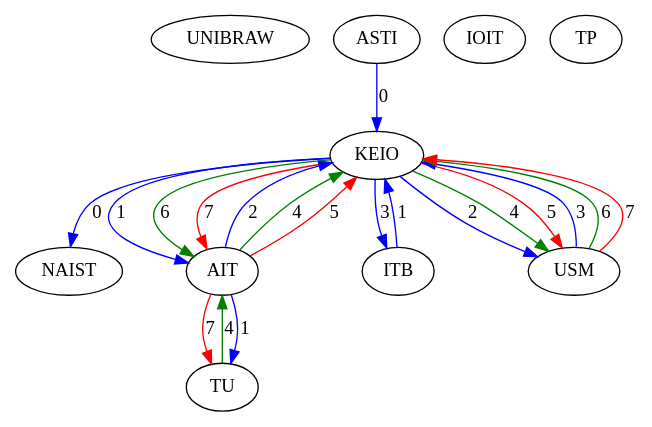
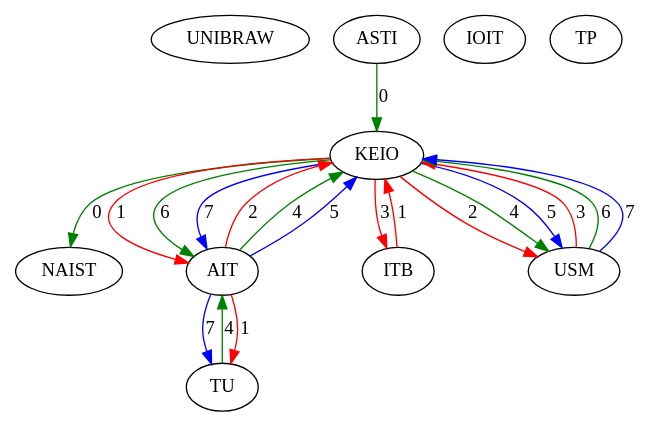
The diagram in src/assignedGraphs/assigned.dot (Hebbe1234/ExpectAll), drawn with Graphviz before and after one commit. The commit also changed 3 other files, not shown here.

```diff
--- a/src/assignedGraphs/assigned.dot
+++ b/src/assignedGraphs/assigned.dot
@@ -1,31 +1,31 @@
 digraph  {
 0 [Internal=1, id=0, label=UNIBRAW];
 1 [Internal=1, id=1, label=NAIST];
 2 [Internal=1, id=2, label=KEIO];
 3 [Internal=1, id=3, label=IOIT];
 4 [Internal=1, id=4, label=ASTI];
 5 [Internal=1, id=5, label=TU];
 6 [Internal=1, id=6, label=AIT];
 7 [Internal=1, id=7, label=ITB];
 8 [Internal=1, id=8, label=TP];
 9 [Internal=1, id=9, label=USM];
-2 -> 1  [color=blue, key=0, label=0];
-2 -> 6  [color=blue, key=0, label=1];
+2 -> 1  [color=green, key=0, label=0];
+2 -> 6  [color=red, key=0, label=1];
 2 -> 6  [color=green, key=1, label=6];
-2 -> 6  [color=red, key=2, label=7];
-2 -> 7  [color=blue, key=0, label=3];
-2 -> 9  [color=blue, key=0, label=2];
+2 -> 6  [color=blue, key=2, label=7];
+2 -> 7  [color=red, key=0, label=3];
+2 -> 9  [color=red, key=0, label=2];
 2 -> 9  [color=green, key=1, label=4];
-2 -> 9  [color=red, key=2, label=5];
-4 -> 2  [color=blue, key=0, label=0];
+2 -> 9  [color=blue, key=2, label=5];
+4 -> 2  [color=green, key=0, label=0];
 5 -> 6  [color=green, key=0, label=4];
-6 -> 2  [color=blue, key=0, label=2];
+6 -> 2  [color=red, key=0, label=2];
 6 -> 2  [color=green, key=1, label=4];
-6 -> 2  [color=red, key=2, label=5];
-6 -> 5  [color=blue, key=0, label=1];
-6 -> 5  [color=red, key=1, label=7];
-7 -> 2  [color=blue, key=0, label=1];
-9 -> 2  [color=blue, key=0, label=3];
+6 -> 2  [color=blue, key=2, label=5];
+6 -> 5  [color=red, key=0, label=1];
+6 -> 5  [color=blue, key=1, label=7];
+7 -> 2  [color=red, key=0, label=1];
+9 -> 2  [color=red, key=0, label=3];
 9 -> 2  [color=green, key=1, label=6];
-9 -> 2  [color=red, key=2, label=7];
+9 -> 2  [color=blue, key=2, label=7];
 }
```
